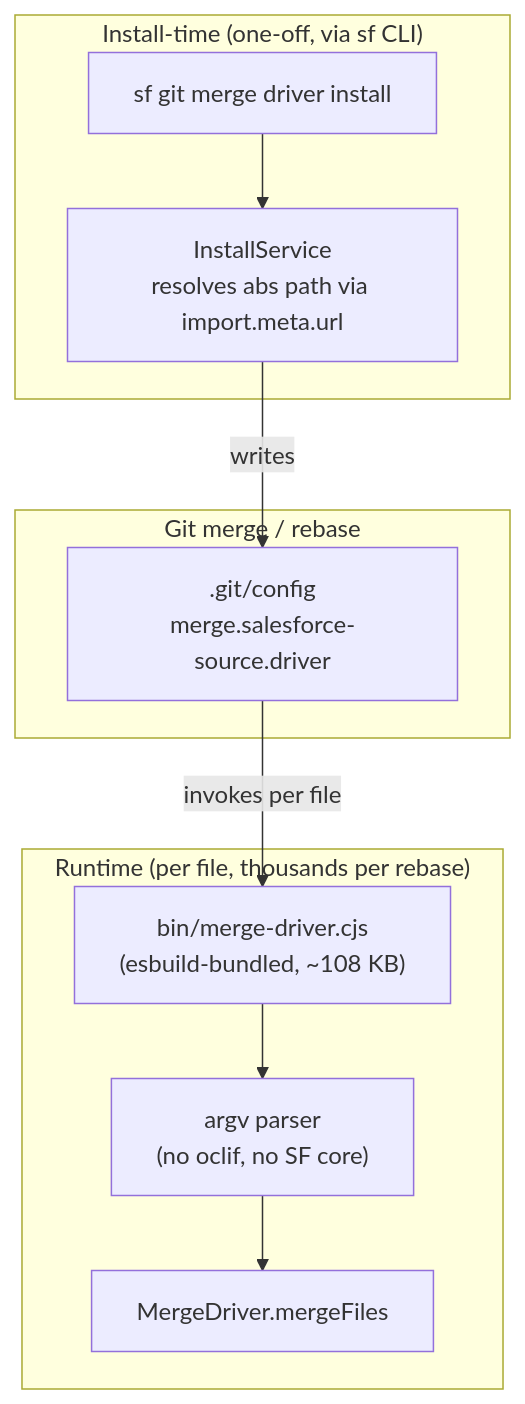
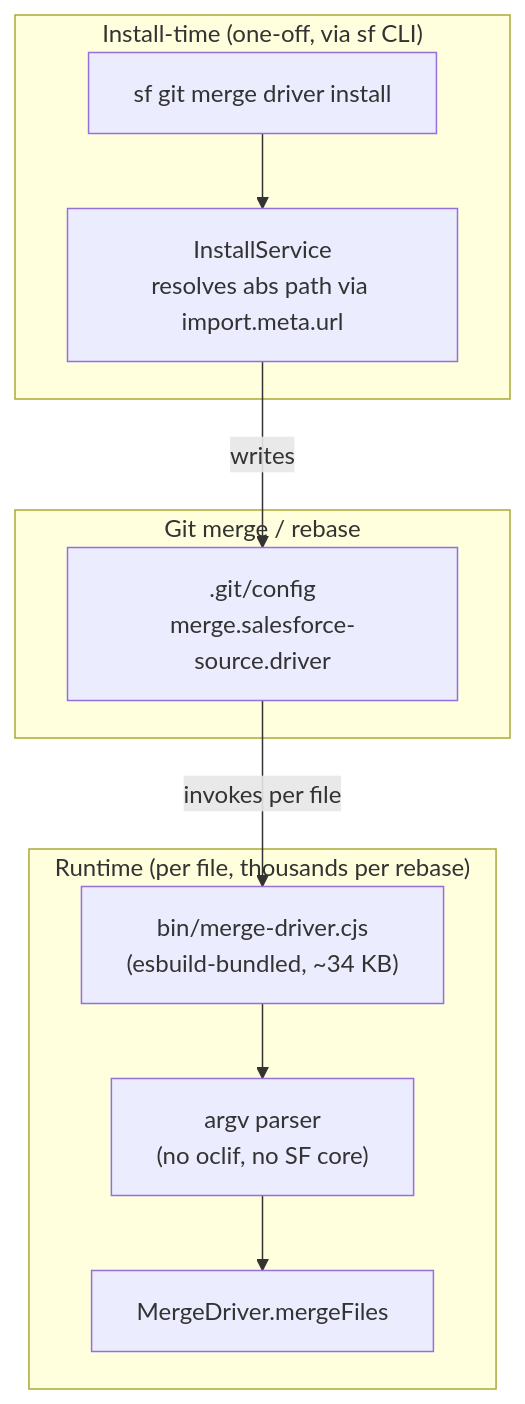
The fifth of 8 diagrams in DESIGN.md (scolladon/sf-git-merge-driver), drawn with Mermaid before and after one commit. The commit also changed other lines of this file, not shown here.

Commit message:
docs(design): bundle size 108 KB → 34 KB after parser swap

````diff
--- a/DESIGN.md
+++ b/DESIGN.md
@@ -200,21 +200,21 @@
 ```mermaid
 flowchart TD
     subgraph Git["Git merge / rebase"]
         GitCfg[".git/config<br/>merge.salesforce-source.driver"]
     end
 
     subgraph Install["Install-time (one-off, via sf CLI)"]
         SfInstall["sf git merge driver install"]
         InstallSvc["InstallService<br/>resolves abs path via import.meta.url"]
     end
 
     subgraph Runtime["Runtime (per file, thousands per rebase)"]
-        Binary["bin/merge-driver.cjs<br/>(esbuild-bundled, ~108 KB)"]
+        Binary["bin/merge-driver.cjs<br/>(esbuild-bundled, ~34 KB)"]
         ArgvParser["argv parser<br/>(no oclif, no SF core)"]
         MD["MergeDriver.mergeFiles"]
     end
 
     SfInstall --> InstallSvc -->|writes| GitCfg
     GitCfg -->|invokes per file| Binary
     Binary --> ArgvParser --> MD
 ```
````
